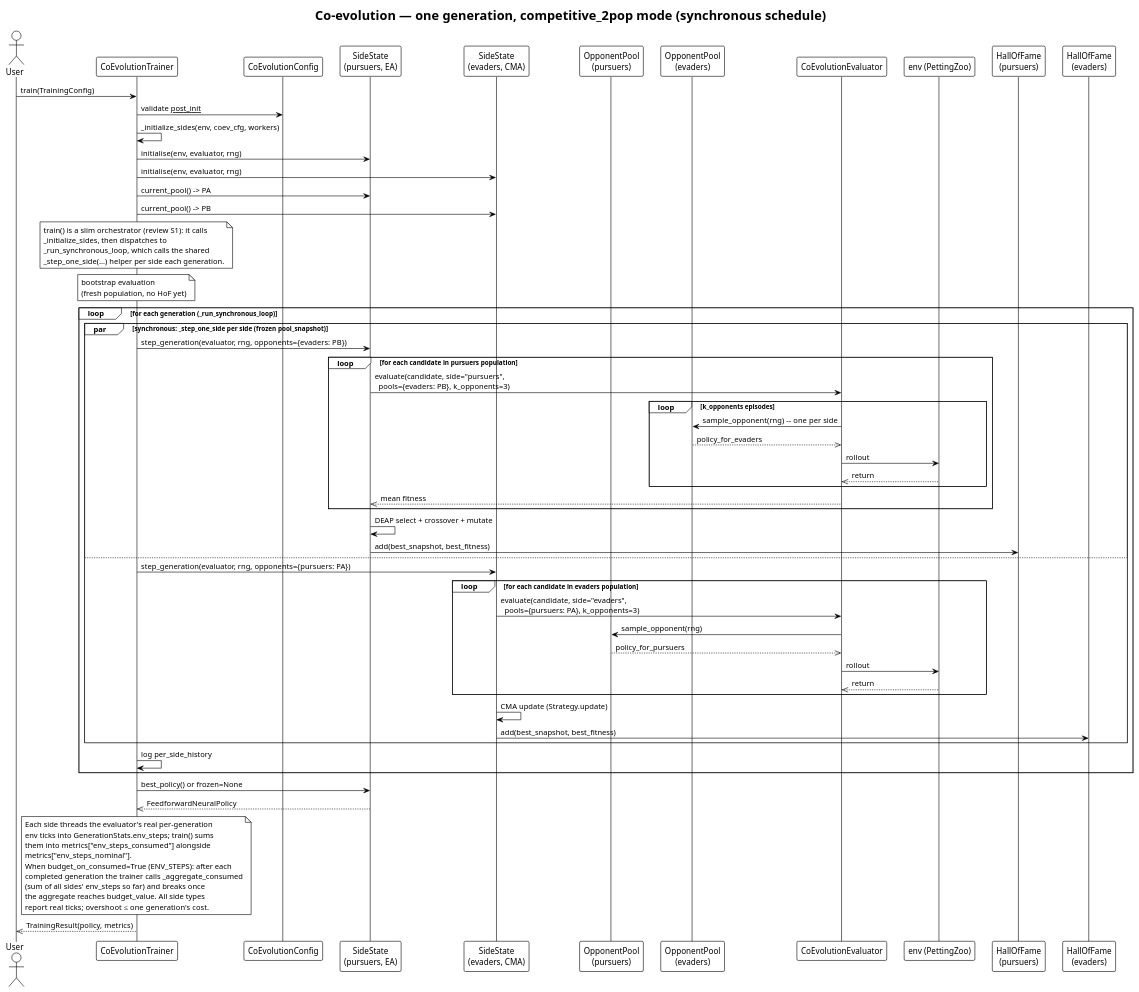
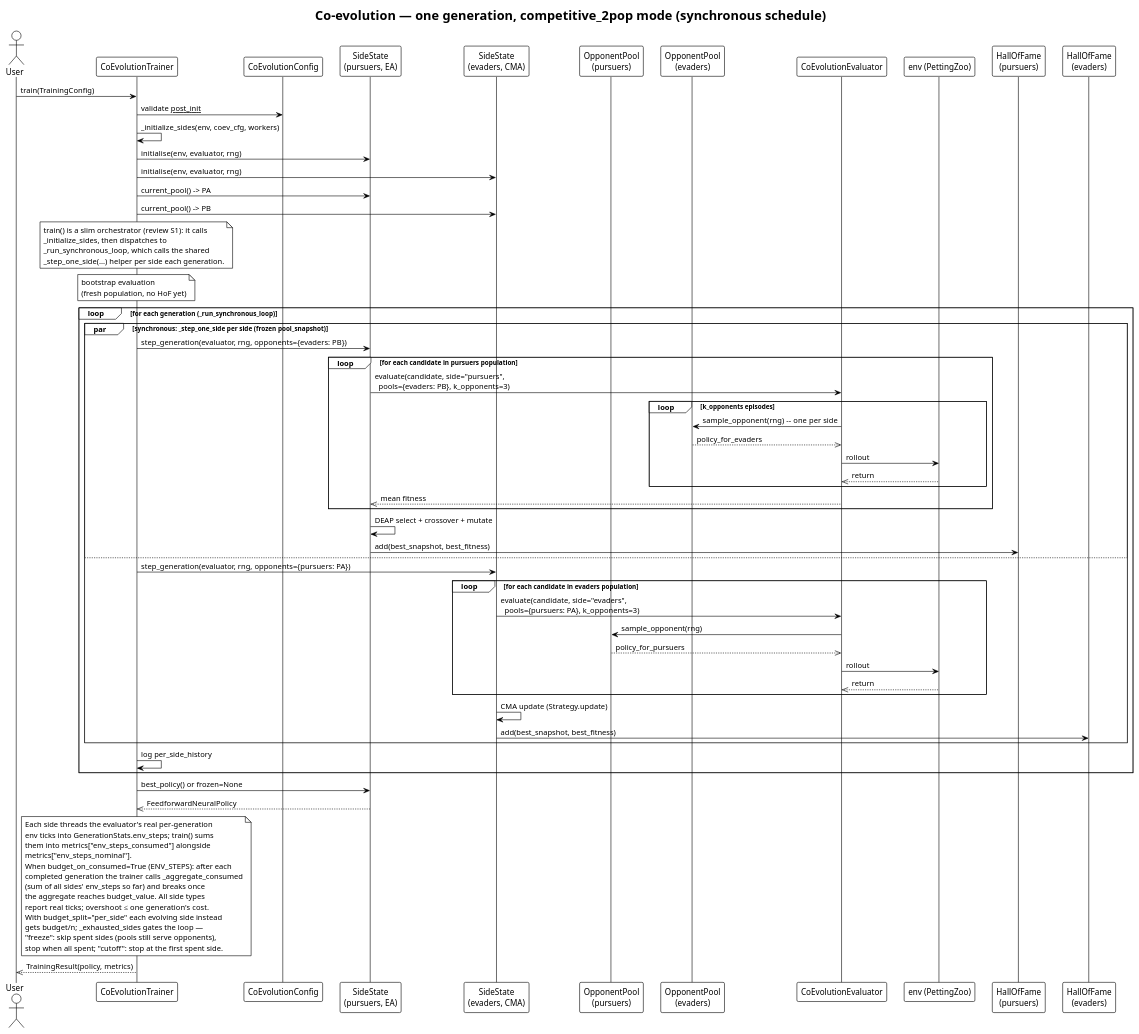
The diagram in docs/UML/sequence_coevolution_competitive.puml (Alex180504/DEAP-Zoo-bridge), drawn with PlantUML before and after one commit. The commit also changed 6 other files, not shown here.

```diff
--- a/docs/UML/sequence_coevolution_competitive.puml
+++ b/docs/UML/sequence_coevolution_competitive.puml
@@ -1,79 +1,83 @@
 @startuml sequence_coevolution_competitive
 !theme plain
 title Co-evolution — one generation, competitive_2pop mode (synchronous schedule)
 
 actor User
 participant "CoEvolutionTrainer" as T
 participant "CoEvolutionConfig" as C
 participant "SideState\n(pursuers, EA)" as SA
 participant "SideState\n(evaders, CMA)" as SB
 participant "OpponentPool\n(pursuers)" as PA
 participant "OpponentPool\n(evaders)" as PB
 participant "CoEvolutionEvaluator" as EV
 participant "env (PettingZoo)" as ENV
 participant "HallOfFame\n(pursuers)" as HA
 participant "HallOfFame\n(evaders)" as HB
 
 User -> T : train(TrainingConfig)
 T -> C : validate __post_init__
 T -> T : _initialize_sides(env, coev_cfg, workers)
 T -> SA : initialise(env, evaluator, rng)
 T -> SB : initialise(env, evaluator, rng)
 T -> SA : current_pool() -> PA
 T -> SB : current_pool() -> PB
 
 note over T
   train() is a slim orchestrator (review S1): it calls
   _initialize_sides, then dispatches to
   _run_synchronous_loop, which calls the shared
   _step_one_side(...) helper per side each generation.
 end note
 
 note over T: bootstrap evaluation\n(fresh population, no HoF yet)
 
 loop for each generation (_run_synchronous_loop)
     par synchronous: _step_one_side per side (frozen pool_snapshot)
         T -> SA : step_generation(evaluator, rng, opponents={evaders: PB})
         loop for each candidate in pursuers population
             SA -> EV : evaluate(candidate, side="pursuers",\n  pools={evaders: PB}, k_opponents=3)
             loop k_opponents episodes
                 EV -> PB : sample_opponent(rng)  -- one per side
                 PB -->> EV : policy_for_evaders
                 EV -> ENV : rollout
                 ENV -->> EV : return
             end
             EV -->> SA : mean fitness
         end
         SA -> SA : DEAP select + crossover + mutate
         SA -> HA : add(best_snapshot, best_fitness)
     else
         T -> SB : step_generation(evaluator, rng, opponents={pursuers: PA})
         loop for each candidate in evaders population
             SB -> EV : evaluate(candidate, side="evaders",\n  pools={pursuers: PA}, k_opponents=3)
             EV -> PA : sample_opponent(rng)
             PA -->> EV : policy_for_pursuers
             EV -> ENV : rollout
             ENV -->> EV : return
         end
         SB -> SB : CMA update (Strategy.update)
         SB -> HB : add(best_snapshot, best_fitness)
     end
     T -> T : log per_side_history
 end
 
 T -> SA : best_policy() or frozen=None
 SA -->> T : FeedforwardNeuralPolicy
 note over T
   Each side threads the evaluator's real per-generation
   env ticks into GenerationStats.env_steps; train() sums
   them into metrics["env_steps_consumed"] alongside
   metrics["env_steps_nominal"].
   When budget_on_consumed=True (ENV_STEPS): after each
   completed generation the trainer calls _aggregate_consumed
   (sum of all sides' env_steps so far) and breaks once
   the aggregate reaches budget_value. All side types
   report real ticks; overshoot ≤ one generation's cost.
+  With budget_split="per_side" each evolving side instead
+  gets budget/n; _exhausted_sides gates the loop —
+  "freeze": skip spent sides (pools still serve opponents),
+  stop when all spent; "cutoff": stop at the first spent side.
 end note
 T -->> User : TrainingResult(policy, metrics)
 
 @enduml
```
